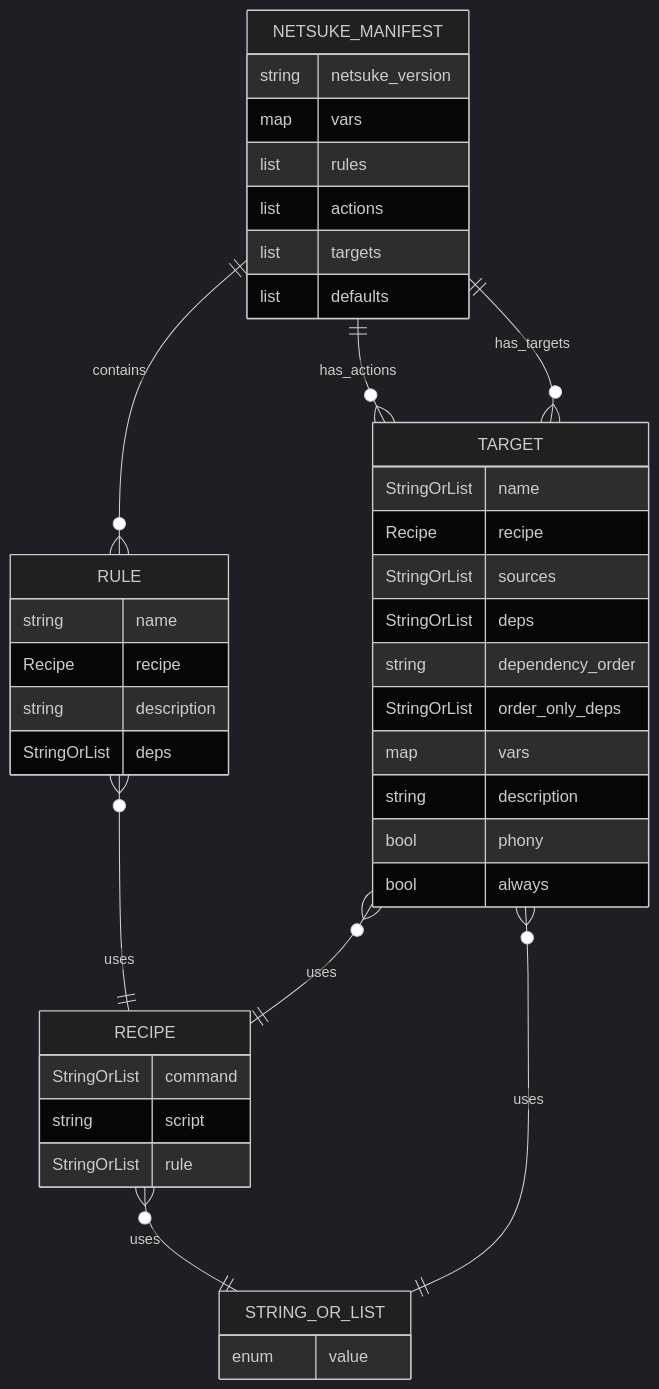
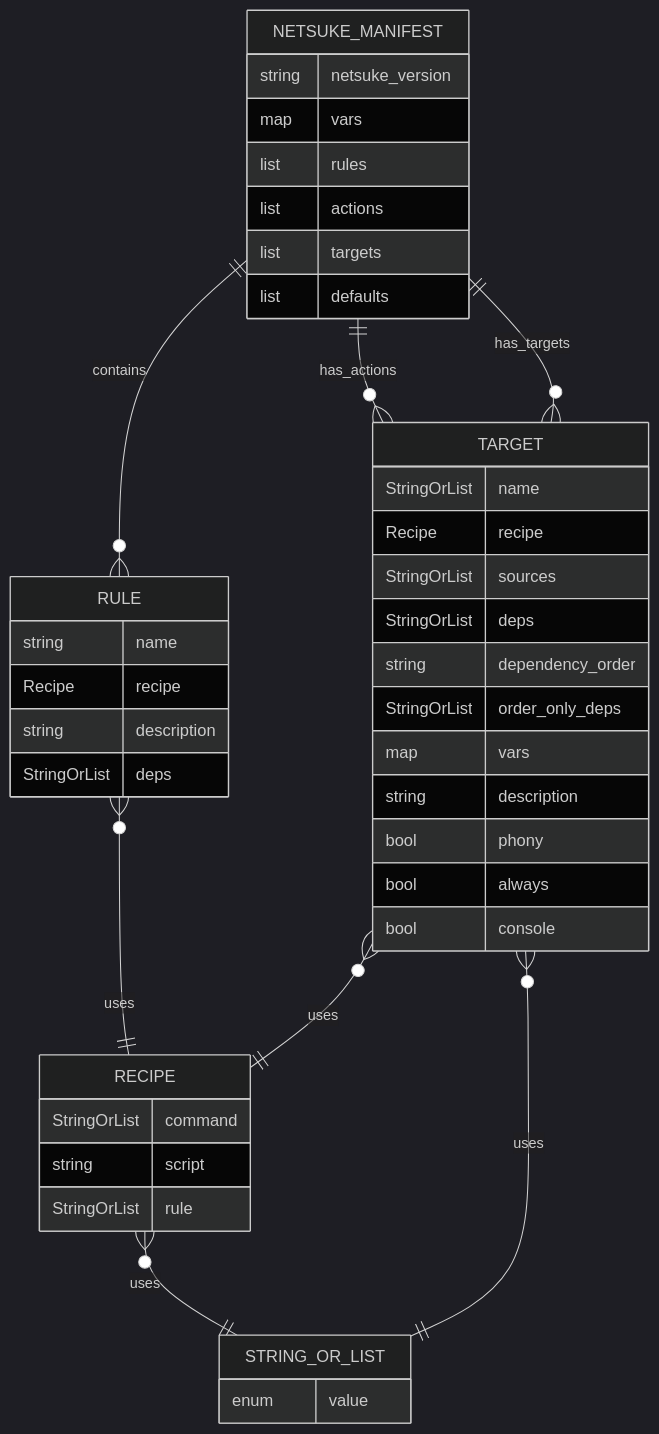
Before and after one commit to leynos/netsuke: the second of 20 diagrams in docs/netsuke-design.md, drawn with Mermaid (dark theme). The commit also changed other lines of this file and 197 other files, not shown here.

````diff
--- a/docs/netsuke-design.md
+++ b/docs/netsuke-design.md
@@ -253,44 +253,45 @@
 ```mermaid
 erDiagram
     NETSUKE_MANIFEST {
         string netsuke_version
         map vars
         list rules
         list actions
         list targets
         list defaults
     }
     RULE {
         string name
         Recipe recipe
         string description
         StringOrList deps
     }
     TARGET {
         StringOrList name
         Recipe recipe
         StringOrList sources
         StringOrList deps
         string dependency_order
         StringOrList order_only_deps
         map vars
         string description
         bool phony
         bool always
+        bool console
     }
     RECIPE {
         StringOrList command
         string script
         StringOrList rule
     }
     STRING_OR_LIST {
         enum value
     }
     NETSUKE_MANIFEST ||--o{ RULE : contains
     NETSUKE_MANIFEST ||--o{ TARGET : has_actions
     NETSUKE_MANIFEST ||--o{ TARGET : has_targets
     RULE }o--|| RECIPE : uses
     TARGET }o--|| RECIPE : uses
     TARGET }o--|| STRING_OR_LIST : uses
     RECIPE }o--|| STRING_OR_LIST : uses
 ```
````
